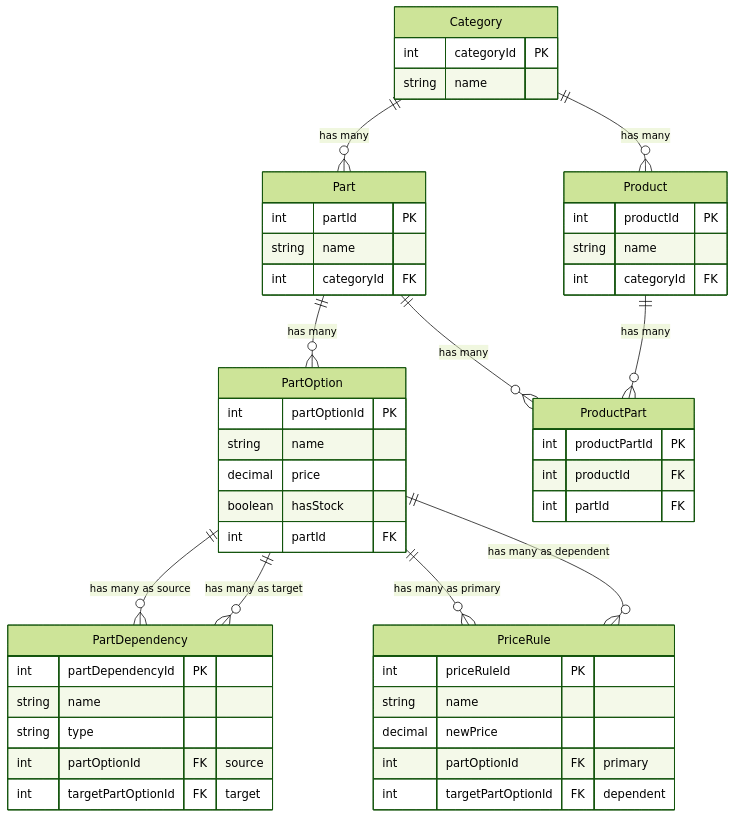
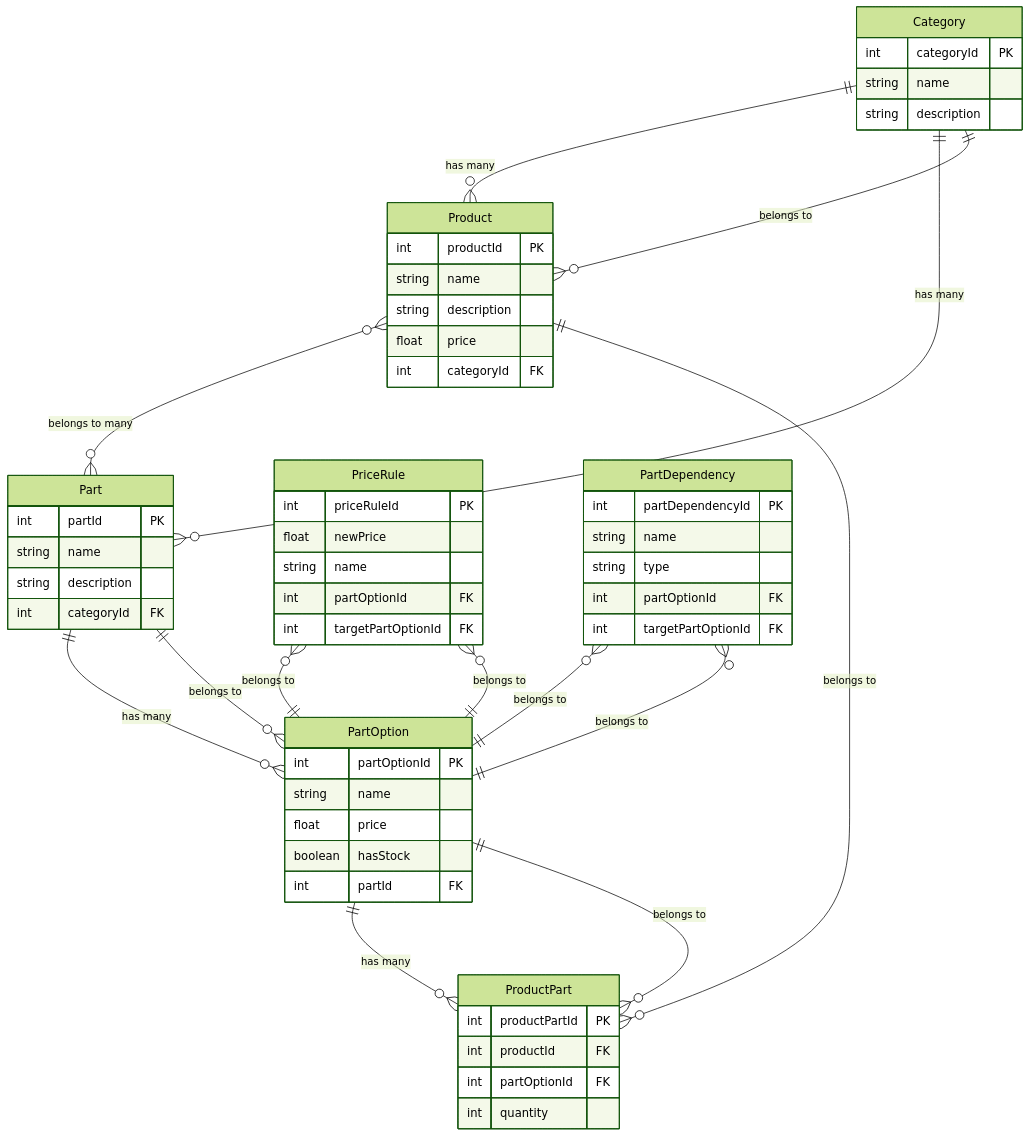
Before and after one commit to winwun/bicycle-shop-exercise: the diagram in README.md, drawn with Mermaid (forest theme). The commit also changed other lines of this file, not shown here.

````diff
--- a/README.md
+++ b/README.md
@@ -112,63 +47,62 @@
 ```mermaid
 erDiagram
-    Category ||--o{ Part : "has many"
-    Category ||--o{ Product : "has many"
-
-    Part ||--o{ PartOption : "has many"
-
-    PartOption ||--o{ PartDependency : "has many as source"
-    PartOption ||--o{ PartDependency : "has many as target"
-
-    PartOption ||--o{ PriceRule : "has many as primary"
-    PartOption ||--o{ PriceRule : "has many as dependent"
-
-    Product ||--o{ ProductPart : "has many"
-    Part ||--o{ ProductPart : "has many"
-
     Category {
         int categoryId PK
         string name
+        string description
     }
-
+    Product {
+        int productId PK
+        string name
+        string description
+        float price
+        int categoryId FK
+    }
+    ProductPart {
+        int productPartId PK
+        int productId FK
+        int partOptionId FK
+        int quantity
+    }
     Part {
         int partId PK
         string name
+        string description
         int categoryId FK
     }
-
     PartOption {
         int partOptionId PK
         string name
-        decimal price
+        float price
         boolean hasStock
         int partId FK
     }
-
+    PriceRule {
+        int priceRuleId PK
+        float newPrice
+        string name
+        int partOptionId FK
+        int targetPartOptionId FK
+    }
     PartDependency {
         int partDependencyId PK
         string name
         string type
-        int partOptionId FK "source"
-        int targetPartOptionId FK "target"
+        int partOptionId FK
+        int targetPartOptionId FK
     }
 
-    Product {
-        int productId PK
-        string name
-        int categoryId FK
-    }
-
-    PriceRule {
-        int priceRuleId PK
-        string name
-        decimal newPrice
-        int partOptionId FK "primary"
-        int targetPartOptionId FK "dependent"
-    }
-
-    ProductPart {
-        int productPartId PK
-        int productId FK
-        int partId FK
-    }
+    Category ||--o{ Product : "has many"
+    Category ||--o{ Part : "has many"
+    Product }o--|| Category : "belongs to"
+    Product }o--o{ Part : "belongs to many"
+    Part ||--o{ PartOption : "has many"
+    PartOption }o--|| Part : "belongs to"
+    ProductPart }o--|| Product : "belongs to"
+    ProductPart }o--|| PartOption : "belongs to"
+    PartOption ||--o{ ProductPart : "has many"
+    PriceRule }o--|| PartOption : "belongs to"
+    PriceRule }o--|| PartOption : "belongs to"
+    PartDependency }o--|| PartOption : "belongs to"
+    PartDependency }o--|| PartOption : "belongs to"
 ```
````
